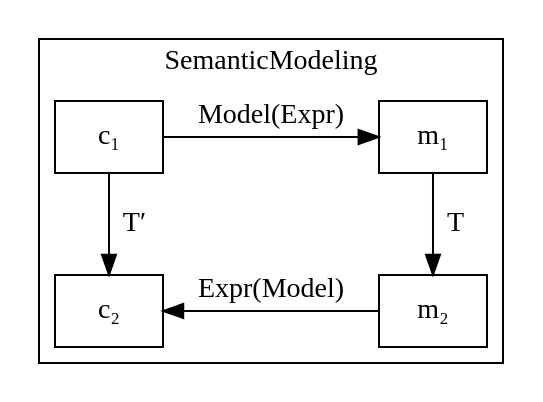
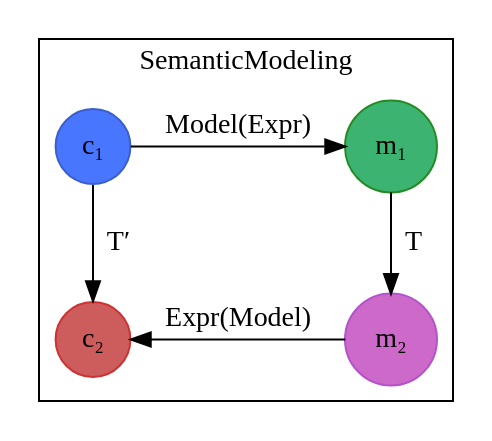
The diagram in doc/src/img/semanticmodels_jl.dot (jpfairbanks/SemanticModels.jl), drawn with Graphviz before and after one commit.

Commit message:
colorize the logo

```diff
--- a/doc/src/img/semanticmodels_jl.dot
+++ b/doc/src/img/semanticmodels_jl.dot
@@ -1,19 +1,19 @@
 # http://www.graphviz.org/content/cluster
 
 digraph G {
-    node[shape=rectangle]
+    node[shape=circle, style=filled]
     //rankdir=LR
     subgraph cluster_1{
       label="SemanticModeling"
-    code1 [label="c₁"]
-    code2 [label="c₂"]
+    code1 [label="c₁", color="royalblue3", fillcolor="royalblue1"]
+    code2 [label="c₂", color="brown3", fillcolor="indianred"]
     m1 -> m2 [label="  T"]
     code1 -> m1 [label="Model(Expr)"]
     m2->code2 [label="Expr(Model)"]
     code1 -> code2 [label="  T′"]
     {rank=same code1, m1}
     {rank=same code2, m2}
-    m1 [label="m₁"]
-    m2 [label="m₂"]
+    m1 [label="m₁", color="forestgreen", fillcolor="mediumseagreen"]
+    m2 [label="m₂", color="mediumorchid3", fillcolor="orchid3"]
   }
 }
```
